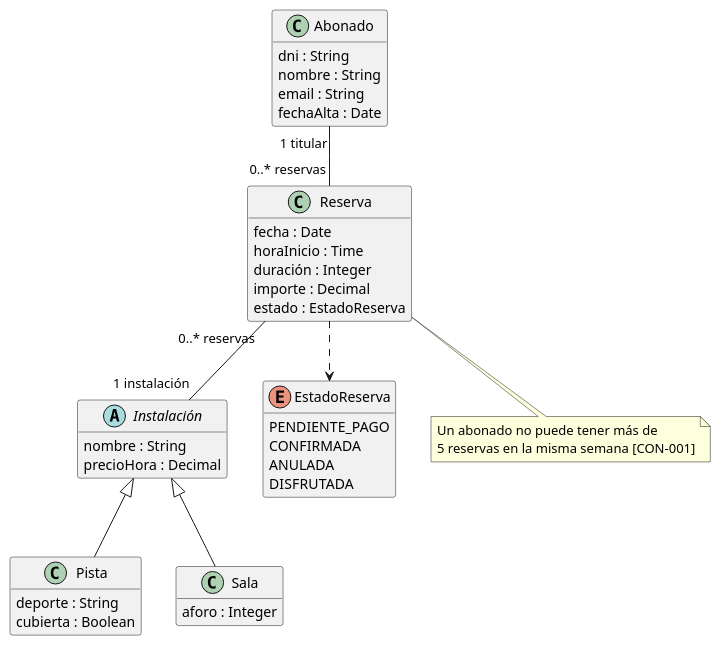
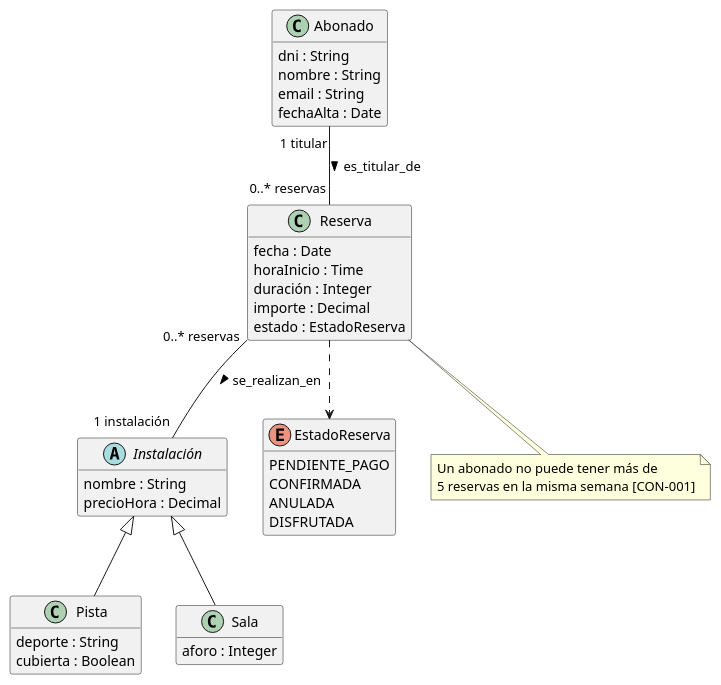
One commit to proteus-University-of-Seville/profile-madeja changed the diagram in archetypes/en_us/projects/sample-sports-center/assets/diagrama-clases.puml. Above: the diagram before and after it, drawn with PlantUML. The commit also changed 11 other files, not shown here.

```diff
--- a/archetypes/en_us/projects/sample-sports-center/assets/diagrama-clases.puml
+++ b/archetypes/en_us/projects/sample-sports-center/assets/diagrama-clases.puml
@@ -1,43 +1,43 @@
 @startuml
 skinparam defaultFontName Arial
 hide empty methods
 class Abonado {
   dni : String
   nombre : String
   email : String
   fechaAlta : Date
 }
 abstract class Instalación {
   nombre : String
   precioHora : Decimal
 }
 class Pista {
   deporte : String
   cubierta : Boolean
 }
 class Sala {
   aforo : Integer
 }
 class Reserva {
   fecha : Date
   horaInicio : Time
   duración : Integer
   importe : Decimal
   estado : EstadoReserva
 }
 enum EstadoReserva {
   PENDIENTE_PAGO
   CONFIRMADA
   ANULADA
   DISFRUTADA
 }
 Instalación <|-- Pista
 Instalación <|-- Sala
-Abonado "1 titular" -- "0..* reservas" Reserva
-Reserva "0..* reservas" -- "1 instalación" Instalación
+Abonado "1 titular" -- "0..* reservas" Reserva : es_titular_de >
+Reserva "0..* reservas" -- "1 instalación" Instalación : se_realizan_en >
 Reserva ..> EstadoReserva
 note bottom of Reserva
   Un abonado no puede tener más de
   5 reservas en la misma semana [CON-001]
 end note
 @enduml
```
